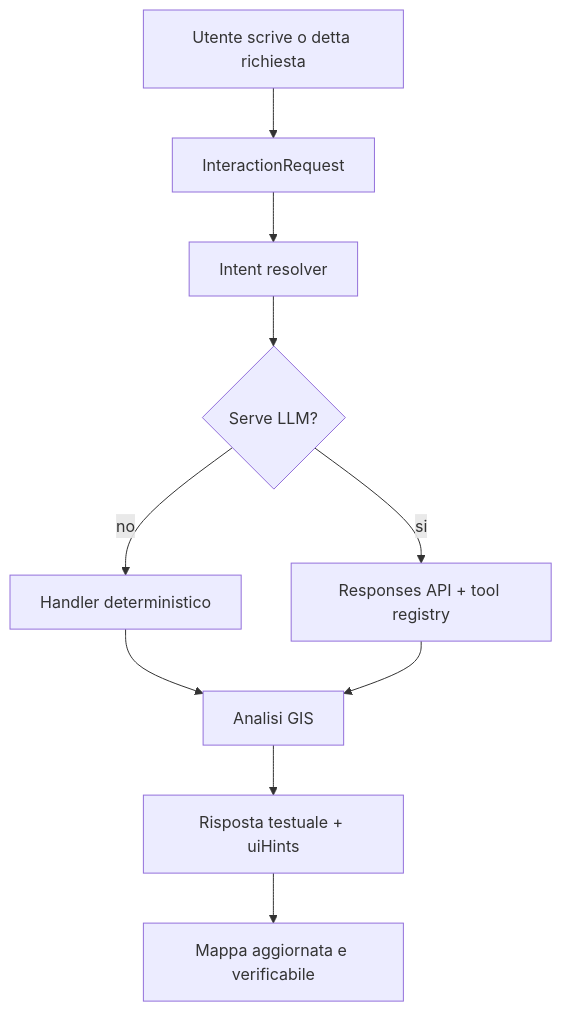
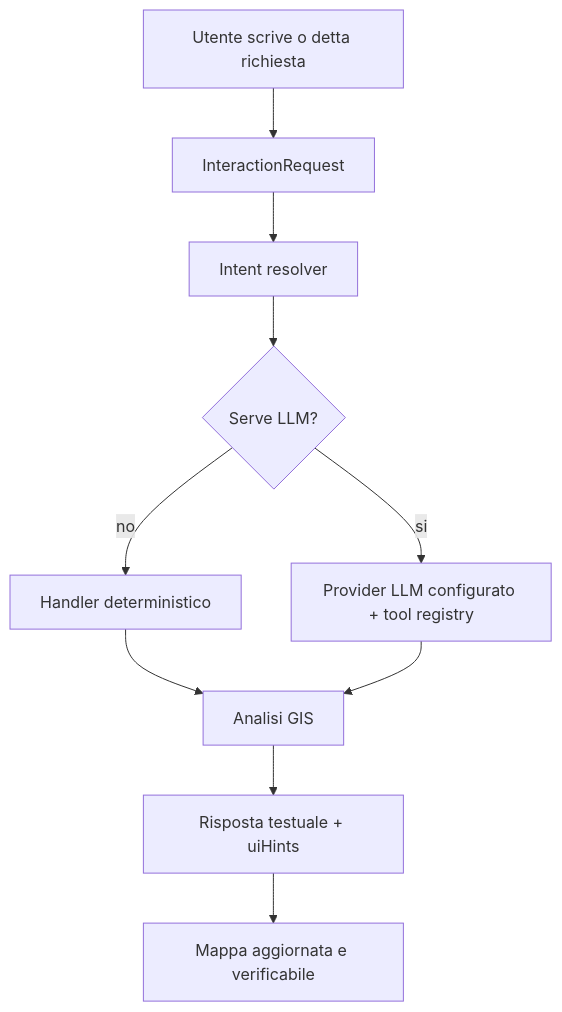
One commit to matthew-2000/CartaNatura changed the second of 2 diagrams in docs/architecture.md. Above: the diagram before and after it, drawn with Mermaid. The commit also changed other lines of this file and 16 other files, not shown here.

First line of the commit message:
Refactor LLM provider integration to support multiple providers

````diff
--- a/docs/architecture.md
+++ b/docs/architecture.md
@@ -110,12 +110,12 @@
 ```mermaid
 flowchart TD
   A["Utente scrive o detta richiesta"] --> B["InteractionRequest"]
   B --> C["Intent resolver"]
   C --> D{"Serve LLM?"}
   D -->|no| E["Handler deterministico"]
-  D -->|si| F["Responses API + tool registry"]
+  D -->|si| F["Provider LLM configurato + tool registry"]
   E --> G["Analisi GIS"]
   F --> G
   G --> H["Risposta testuale + uiHints"]
   H --> I["Mappa aggiornata e verificabile"]
 ```
````
